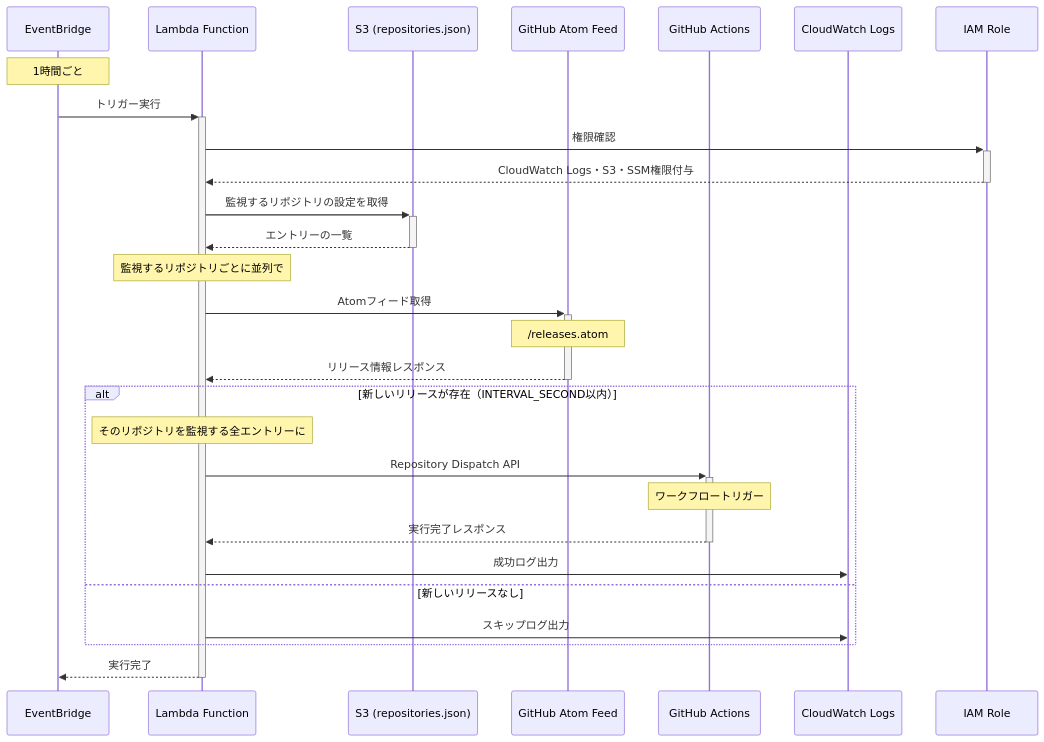
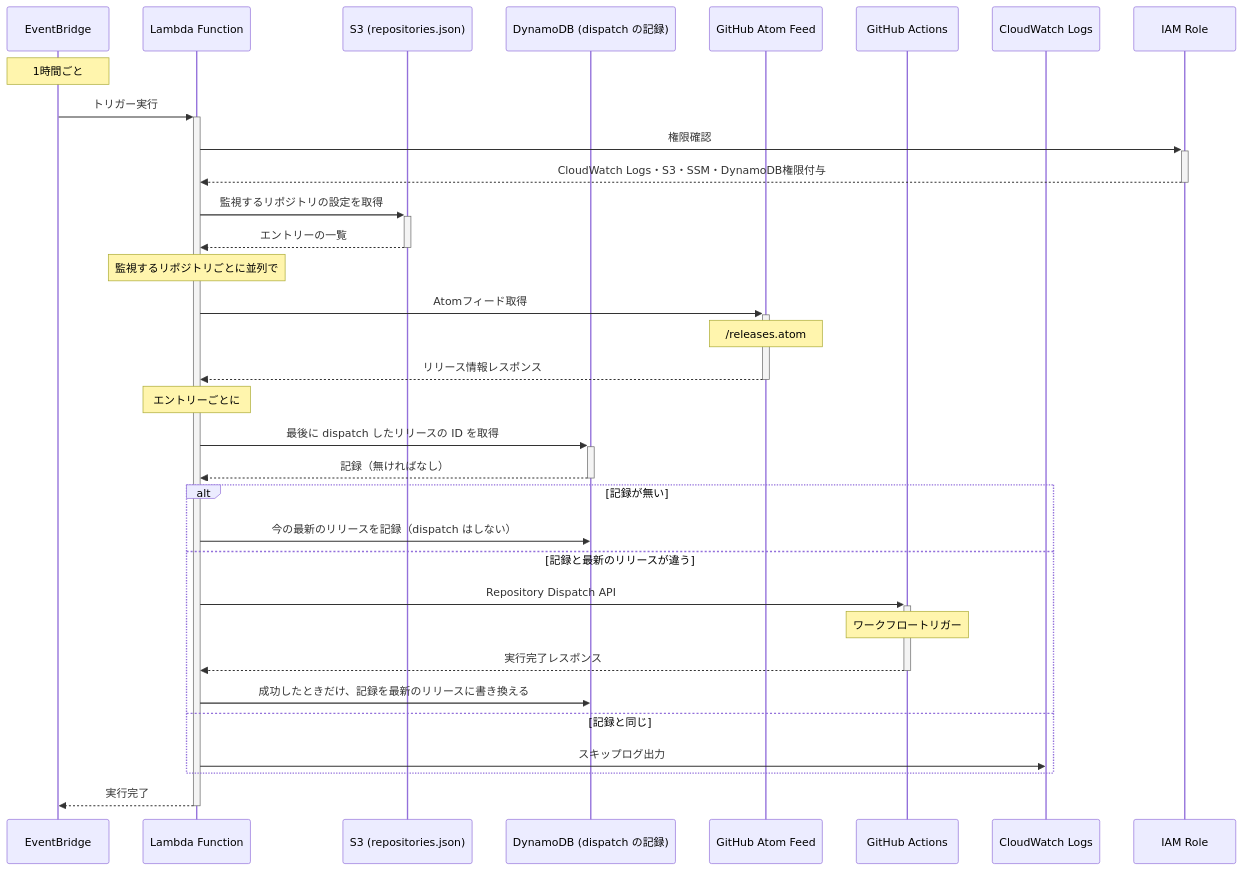
One commit to zaki3mymy/feed-release-invoke-workflow changed the diagram in terraform/modules/feed-release/README.md. Above: the diagram before and after it, drawn with Mermaid. The commit also changed other lines of this file and 12 other files, not shown here.

````diff
--- a/terraform/modules/feed-release/README.md
+++ b/terraform/modules/feed-release/README.md
@@ -48,36 +48,42 @@
 ```mermaid
 sequenceDiagram
     participant EB as EventBridge
     participant LF as Lambda Function
     participant S3 as S3 (repositories.json)
+    participant DB as DynamoDB (dispatch の記録)
     participant GH as GitHub Atom Feed
     participant GA as GitHub Actions
     participant CW as CloudWatch Logs
     participant IAM as IAM Role
 
     Note over EB: 1時間ごと
     EB->>+LF: トリガー実行
 
     LF->>+IAM: 権限確認
-    IAM-->>-LF: CloudWatch Logs・S3・SSM権限付与
+    IAM-->>-LF: CloudWatch Logs・S3・SSM・DynamoDB権限付与
 
     LF->>+S3: 監視するリポジトリの設定を取得
     S3-->>-LF: エントリーの一覧
 
     Note over LF: 監視するリポジトリごとに並列で
     LF->>+GH: Atomフィード取得
     Note over GH: /releases.atom
     GH-->>-LF: リリース情報レスポンス
 
-    alt 新しいリリースが存在（INTERVAL_SECOND以内）
-        Note over LF: そのリポジトリを監視する全エントリーに
+    Note over LF: エントリーごとに
+    LF->>+DB: 最後に dispatch したリリースの ID を取得
+    DB-->>-LF: 記録（無ければなし）
+
+    alt 記録が無い
+        LF->>DB: 今の最新のリリースを記録（dispatch はしない）
+    else 記録と最新のリリースが違う
         LF->>+GA: Repository Dispatch API
         Note over GA: ワークフロートリガー
         GA-->>-LF: 実行完了レスポンス
-        LF->>CW: 成功ログ出力
-    else 新しいリリースなし
+        LF->>DB: 成功したときだけ、記録を最新のリリースに書き換える
+    else 記録と同じ
         LF->>CW: スキップログ出力
     end
 
     LF-->>-EB: 実行完了
 ```
````
